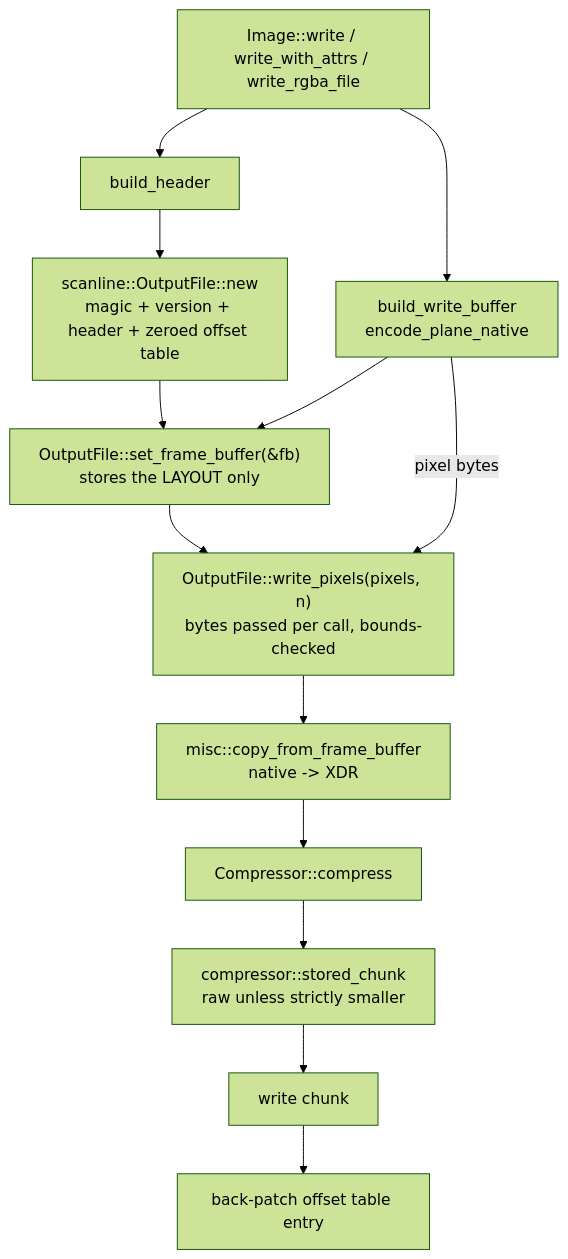
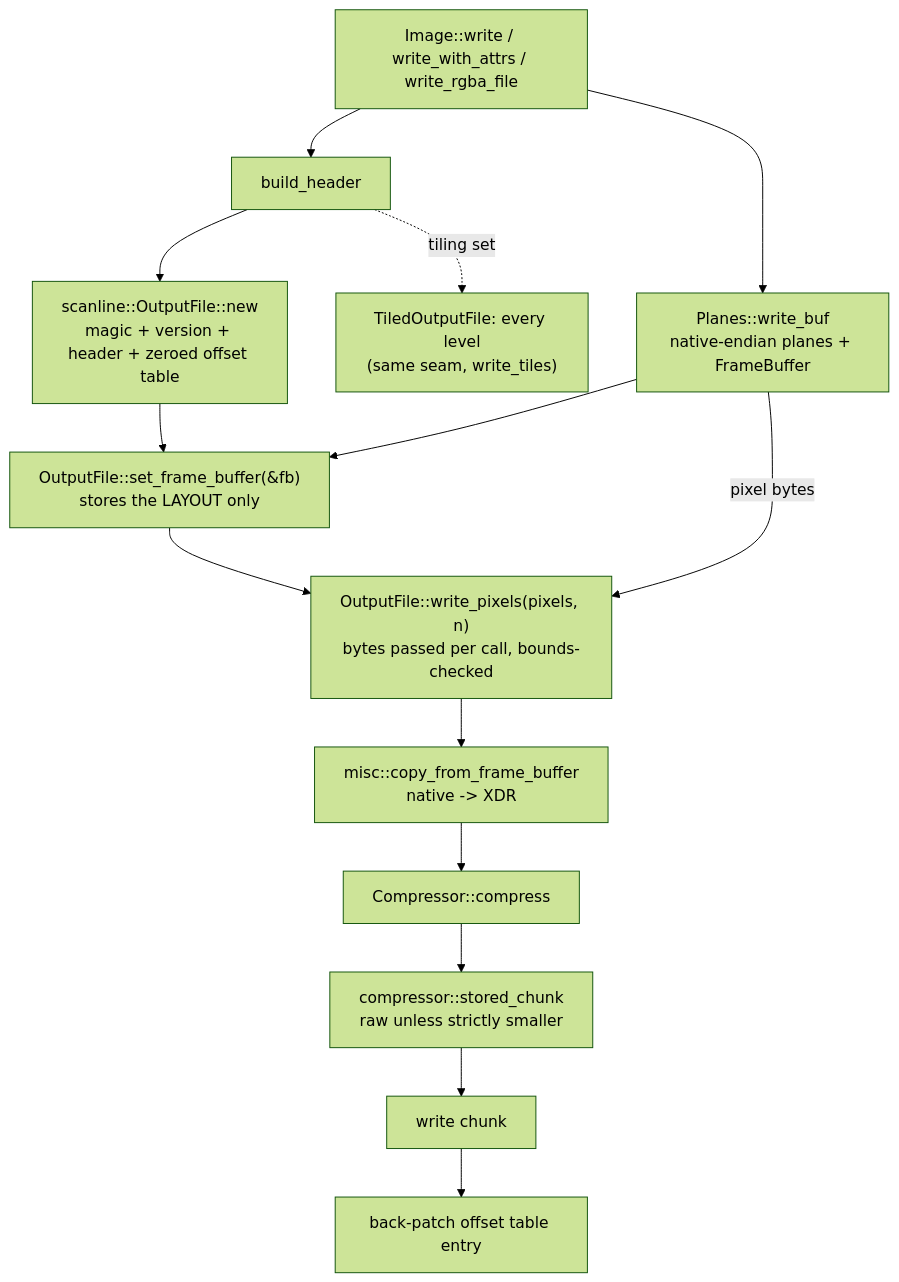
Before and after one commit to ssoj13/exr-rs: the third of 9 diagrams in docs/DIAGRAMS.md, drawn with Mermaid (forest theme). The commit also changed other lines of this file and 18 other files, not shown here.

````diff
--- a/docs/DIAGRAMS.md
+++ b/docs/DIAGRAMS.md
@@ -61,15 +68,16 @@
 ```mermaid
 flowchart TD
     W["Image::write / write_with_attrs / write_rgba_file"] --> BH["build_header"]
-    W --> BB["build_write_buffer<br/>encode_plane_native"]
+    W --> BB["Planes::write_buf<br/>native-endian planes + FrameBuffer"]
     BH --> O["scanline::OutputFile::new<br/>magic + version + header + zeroed offset table"]
+    BH -.->|tiling set| TO["TiledOutputFile: every level<br/>(same seam, write_tiles)"]
     BB --> SF["OutputFile::set_frame_buffer(&fb)<br/>stores the LAYOUT only"]
     O --> SF
     SF --> WP["OutputFile::write_pixels(pixels, n)<br/>bytes passed per call, bounds-checked"]
     BB -->|pixel bytes| WP
     WP --> G["misc::copy_from_frame_buffer<br/>native -> XDR"]
     G --> K["Compressor::compress"]
     K --> SC["compressor::stored_chunk<br/>raw unless strictly smaller"]
     SC --> CH["write chunk"]
     CH --> BP["back-patch offset table entry"]
 ```
````
